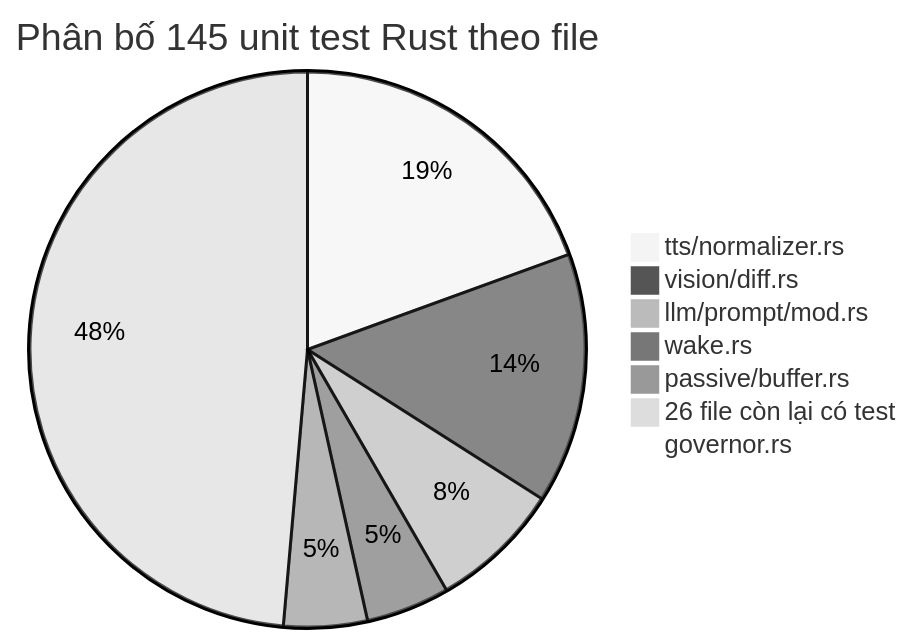
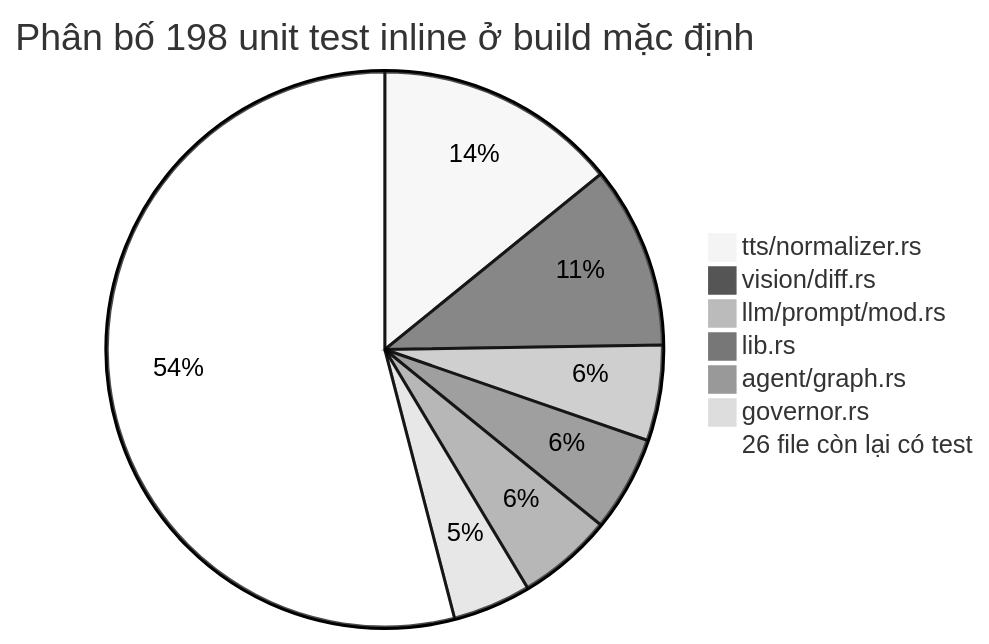
One commit to DuongNAD/LIVA changed the fourth of 4 diagrams in docs/02-van-hanh/04-kiem-thu-va-ci.md. Above: the diagram before and after it, drawn with Mermaid (neutral theme). The commit also changed other lines of this file and 17 other files, not shown here.

````diff
--- a/docs/02-van-hanh/04-kiem-thu-va-ci.md
+++ b/docs/02-van-hanh/04-kiem-thu-va-ci.md
@@ -341,10 +375,10 @@
 ```mermaid
-pie title Phân bố 145 unit test Rust theo file
+pie title Phân bố 198 unit test inline ở build mặc định
     "tts/normalizer.rs" : 28
     "vision/diff.rs" : 21
     "llm/prompt/mod.rs" : 11
-    "wake.rs" : 7
-    "passive/buffer.rs" : 7
-    "26 file còn lại có test" : 70
-    "governor.rs" : 1
+    "lib.rs" : 11
+    "agent/graph.rs" : 11
+    "governor.rs" : 9
+    "26 file còn lại có test" : 107
 ```
````
